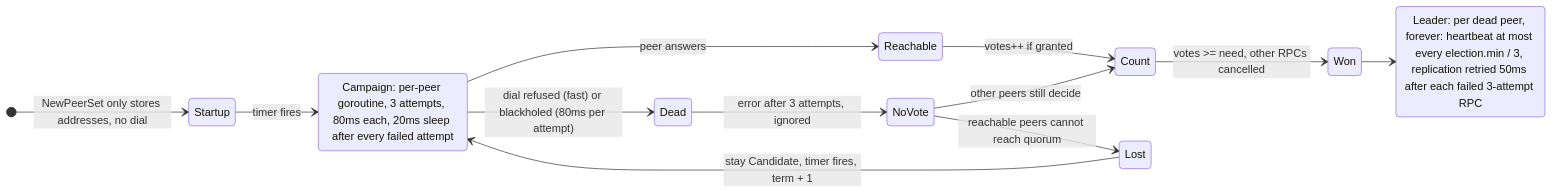
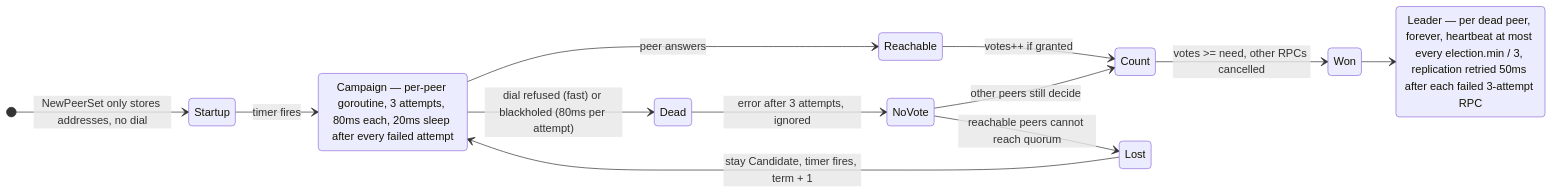
One commit to Tarun-Elango/hobbyDB changed the eighth of 8 diagrams in flow/4. cluster-startup-cases.md. Above: the diagram before and after it, drawn with Mermaid. The commit also changed other lines of this file and 6 other files, not shown here.

Commit message:
use status, seperate function to update leader/role, use metamu when possible, and adding heardrecentlty to prevent spurious elections when a valid heartbeat or vote arrives right as the election timer fires or while startElection is blocked waiting on n.mu

````diff
--- a/flow/4. cluster-startup-cases.md
+++ b/flow/4. cluster-startup-cases.md
@@ -236,17 +236,17 @@
 ```mermaid
 stateDiagram-v2
     direction LR
     [*] --> Startup: NewPeerSet only stores addresses, no dial
     Startup --> Campaign: timer fires
-    state "Campaign: per-peer goroutine, 3 attempts, 80ms each, 20ms sleep after every failed attempt" as Campaign
+    state "Campaign — per-peer goroutine, 3 attempts, 80ms each, 20ms sleep after every failed attempt" as Campaign
     Campaign --> Reachable: peer answers
     Campaign --> Dead: dial refused (fast) or blackholed (80ms per attempt)
     Reachable --> Count: votes++ if granted
     Dead --> NoVote: error after 3 attempts, ignored
     Count --> Won: votes >= need, other RPCs cancelled
     NoVote --> Count: other peers still decide
     NoVote --> Lost: reachable peers cannot reach quorum
     Lost --> Campaign: stay Candidate, timer fires, term + 1
     Won --> Leader
-    state "Leader: per dead peer, forever: heartbeat at most every election.min / 3, replication retried 50ms after each failed 3-attempt RPC" as Leader
+    state "Leader — per dead peer, forever, heartbeat at most every election.min / 3, replication retried 50ms after each failed 3-attempt RPC" as Leader
 ```
````
